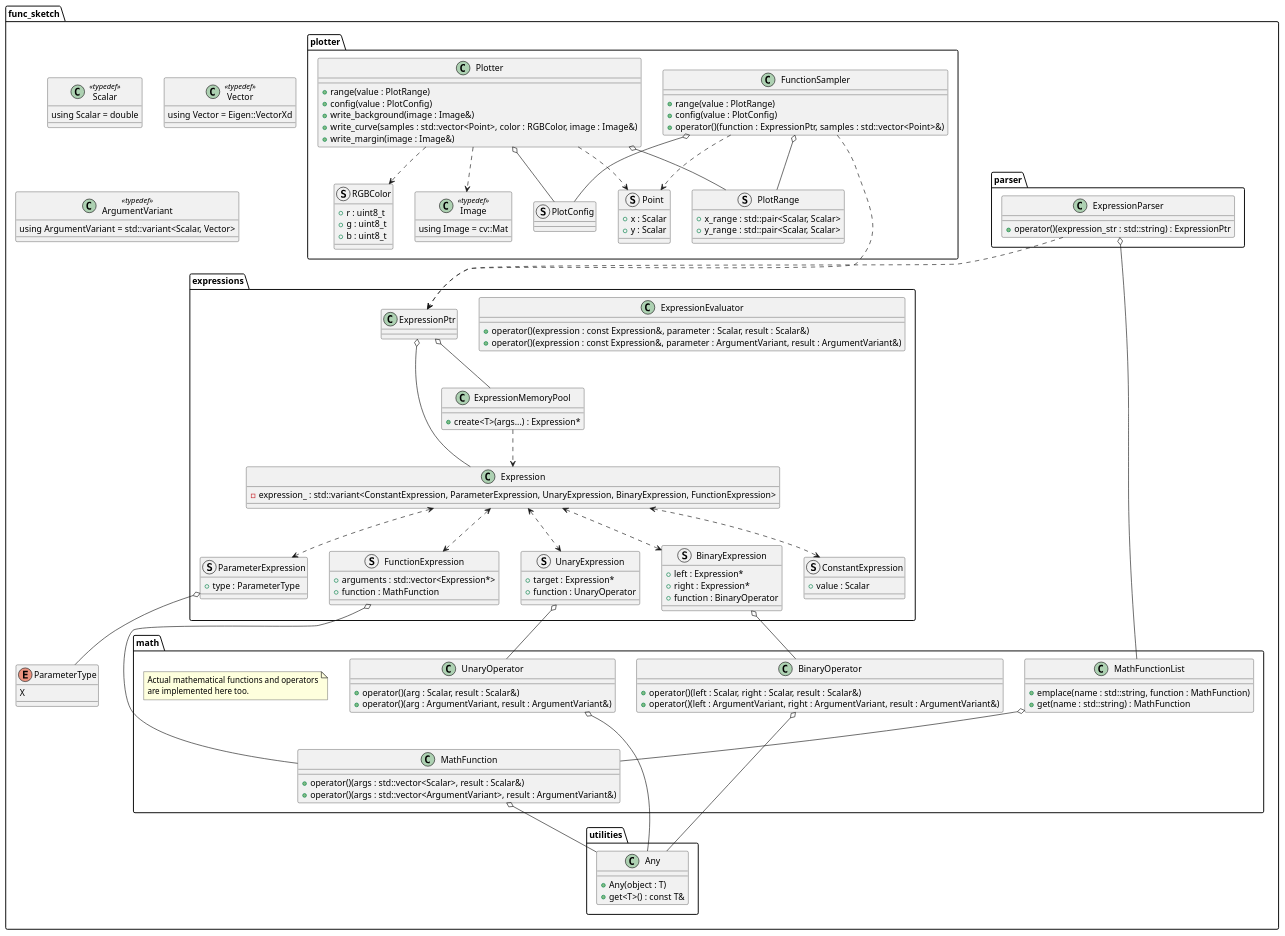
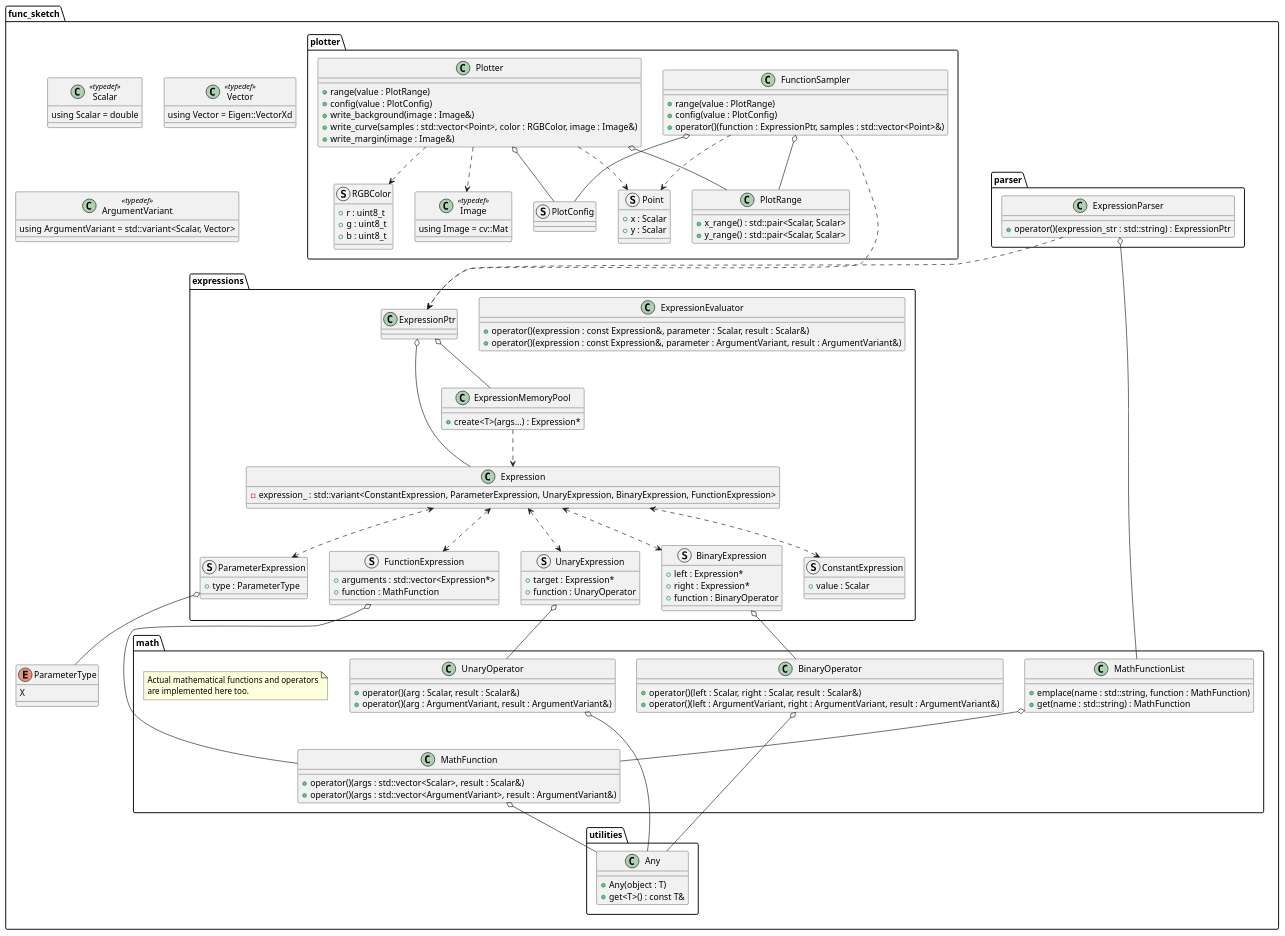
One commit to MusicScience37/FuncSketch changed the diagram in docs/sphinx/design_notes/classes_cpp.puml. Above: the diagram before and after it, drawn with PlantUML. The commit also changed 11 other files, not shown here.

```diff
--- a/docs/sphinx/design_notes/classes_cpp.puml
+++ b/docs/sphinx/design_notes/classes_cpp.puml
@@ -1,167 +1,167 @@
 @startuml classes_cpp
 
 package func_sketch {
     class Scalar <<typedef>> {
         using Scalar = double
     }
 
     class Vector <<typedef>> {
         using Vector = Eigen::VectorXd
     }
 
     class ArgumentVariant <<typedef>> {
         using ArgumentVariant = std::variant<Scalar, Vector>
     }
 
     enum ParameterType {
         X
     }
 
     package utilities {
         class Any {
             + Any(object : T)
             + get<T>() : const T&
         }
     }
 
     package math {
         class UnaryOperator {
             + operator()(arg : Scalar, result : Scalar&)
             + operator()(arg : ArgumentVariant, result : ArgumentVariant&)
         }
         UnaryOperator o-- Any
 
         class BinaryOperator {
             + operator()(left : Scalar, right : Scalar, result : Scalar&)
             + operator()(left : ArgumentVariant, right : ArgumentVariant, result : ArgumentVariant&)
         }
         BinaryOperator o-- Any
 
         class MathFunction {
             + operator()(args : std::vector<Scalar>, result : Scalar&)
             + operator()(args : std::vector<ArgumentVariant>, result : ArgumentVariant&)
         }
         MathFunction o-- Any
 
         class MathFunctionList {
             + emplace(name : std::string, function : MathFunction)
             + get(name : std::string) : MathFunction
         }
         MathFunctionList o-- MathFunction
 
         note as math_functions_note
             Actual mathematical functions and operators
             are implemented here too.
         end note
     }
 
     package expressions {
         class Expression {
             - expression_ : std::variant<ConstantExpression, ParameterExpression, UnaryExpression, BinaryExpression, FunctionExpression>
         }
 
         struct ConstantExpression {
             + value : Scalar
         }
         Expression <..> ConstantExpression
 
         struct ParameterExpression {
             + type : ParameterType
         }
         Expression <..> ParameterExpression
         ParameterExpression o-- ParameterType
 
         struct UnaryExpression {
             + target : Expression*
             + function : UnaryOperator
         }
         Expression <..> UnaryExpression
         UnaryExpression o-- UnaryOperator
 
         struct BinaryExpression {
             + left : Expression*
             + right : Expression*
             + function : BinaryOperator
         }
         Expression <..> BinaryExpression
         BinaryExpression o-- BinaryOperator
 
         struct FunctionExpression {
             + arguments : std::vector<Expression*>
             + function : MathFunction
         }
         Expression <..> FunctionExpression
         FunctionExpression o-- MathFunction
 
         class ExpressionMemoryPool {
             + create<T>(args...) : Expression*
         }
         ExpressionMemoryPool ..> Expression
 
         class ExpressionEvaluator {
             + operator()(expression : const Expression&, parameter : Scalar, result : Scalar&)
             + operator()(expression : const Expression&, parameter : ArgumentVariant, result : ArgumentVariant&)
         }
 
         class ExpressionPtr
         ExpressionPtr o-- Expression
         ExpressionPtr o-- ExpressionMemoryPool
     }
 
     package parser {
         class ExpressionParser {
             + operator()(expression_str : std::string) : ExpressionPtr
         }
         ExpressionParser o-- MathFunctionList
         ExpressionParser ..> ExpressionPtr
     }
 
     package plotter {
         struct RGBColor {
             + r : uint8_t
             + g : uint8_t
             + b : uint8_t
         }
 
         struct Point {
             + x : Scalar
             + y : Scalar
         }
 
         class Image <<typedef>> {
             using Image = cv::Mat
         }
 
-        struct PlotRange {
-            + x_range : std::pair<Scalar, Scalar>
-            + y_range : std::pair<Scalar, Scalar>
+        class PlotRange {
+            + x_range() : std::pair<Scalar, Scalar>
+            + y_range() : std::pair<Scalar, Scalar>
         }
 
         struct PlotConfig
 
         class FunctionSampler {
             + range(value : PlotRange)
             + config(value : PlotConfig)
             + operator()(function : ExpressionPtr, samples : std::vector<Point>&)
         }
         FunctionSampler o-- PlotRange
         FunctionSampler o-- PlotConfig
         FunctionSampler ...> ExpressionPtr
         FunctionSampler ..> Point
 
         class Plotter {
             + range(value : PlotRange)
             + config(value : PlotConfig)
             + write_background(image : Image&)
             + write_curve(samples : std::vector<Point>, color : RGBColor, image : Image&)
             + write_margin(image : Image&)
         }
         Plotter o-- PlotRange
         Plotter o-- PlotConfig
         Plotter ..> Point
         Plotter ..> RGBColor
         Plotter ..> Image
     }
 }
 
 @enduml
```
